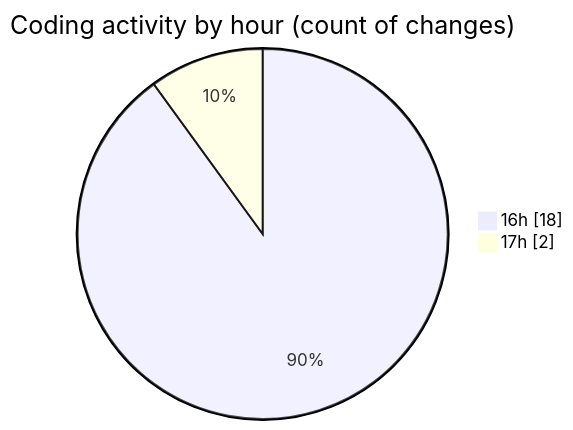
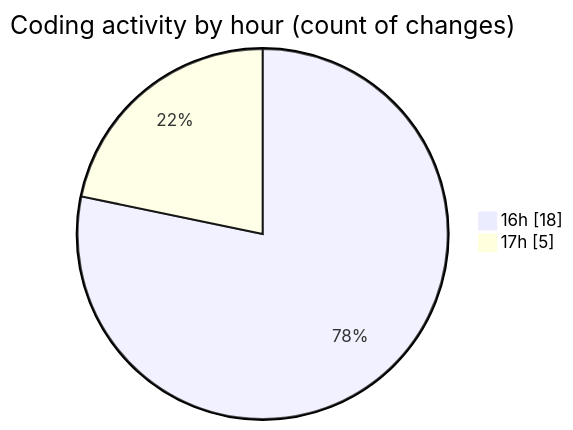
The second of 2 diagrams in 2025-02-27/uber_clone/README.md (donsfak/code-tracking), drawn with Mermaid before and after one commit. The commit also changed other lines of this file and 1 other file, not shown here.

````diff
--- a/2025-02-27/uber_clone/README.md
+++ b/2025-02-27/uber_clone/README.md
@@ -28,6 +28,6 @@
 ```mermaid
 pie showData
 title Coding activity by hour (count of changes)
 "16h" : 18
-"17h" : 2
+"17h" : 5
 ```
````
